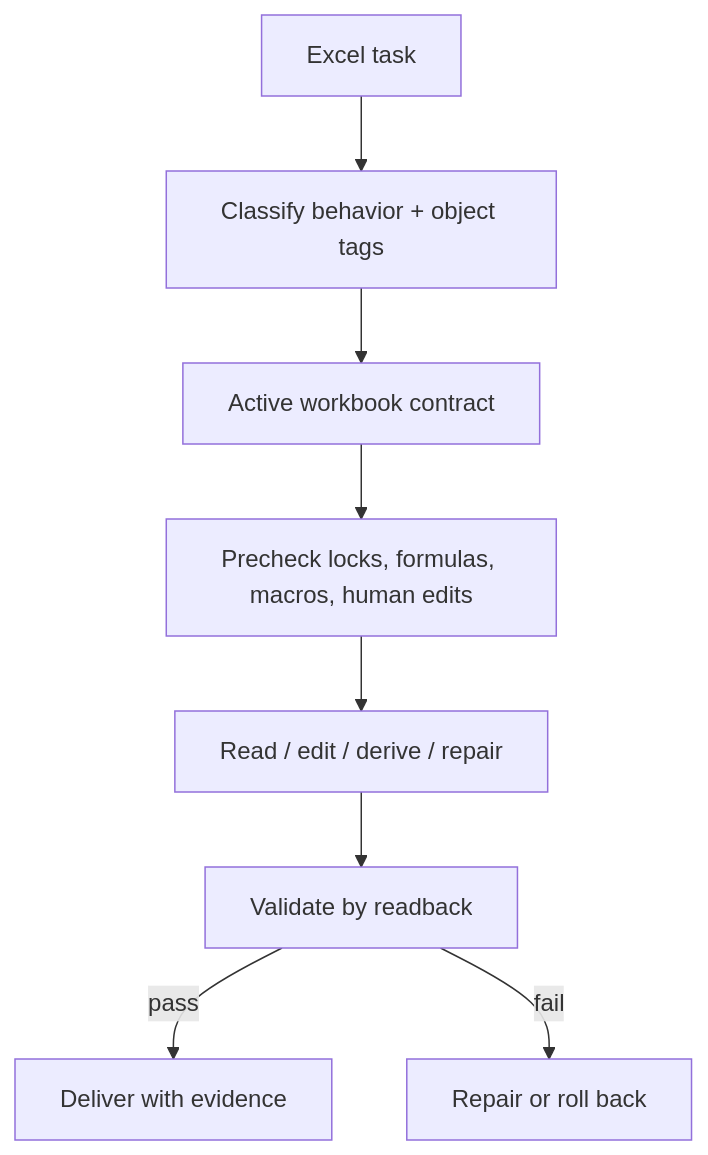
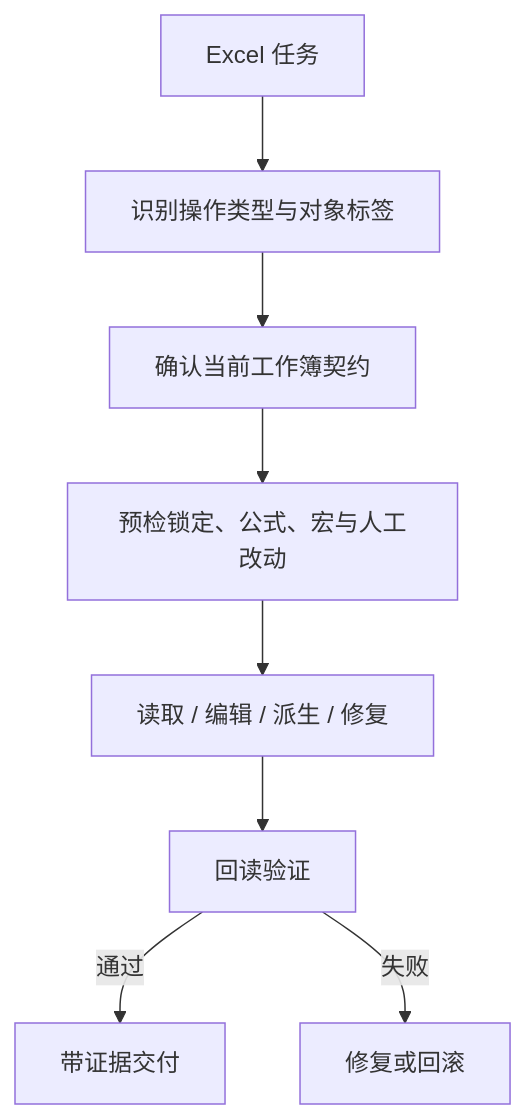
One commit to bagbag16/excel-collab changed the diagram in README.zh.md. Above: the diagram before and after it, drawn with Mermaid.

Commit message:
Localize Chinese README flowchart labels

````diff
--- a/README.zh.md
+++ b/README.zh.md
@@ -16,10 +16,10 @@
 ```mermaid
 flowchart TD
-  T["Excel task"] --> C["Classify behavior + object tags"]
-  C --> A["Active workbook contract"]
-  A --> P["Precheck locks, formulas, macros, human edits"]
-  P --> E["Read / edit / derive / repair"]
-  E --> V["Validate by readback"]
-  V -->|"pass"| D["Deliver with evidence"]
-  V -->|"fail"| R["Repair or roll back"]
+  T["Excel 任务"] --> C["识别操作类型与对象标签"]
+  C --> A["确认当前工作簿契约"]
+  A --> P["预检锁定、公式、宏与人工改动"]
+  P --> E["读取 / 编辑 / 派生 / 修复"]
+  E --> V["回读验证"]
+  V -->|"通过"| D["带证据交付"]
+  V -->|"失败"| R["修复或回滚"]
 ```
````
